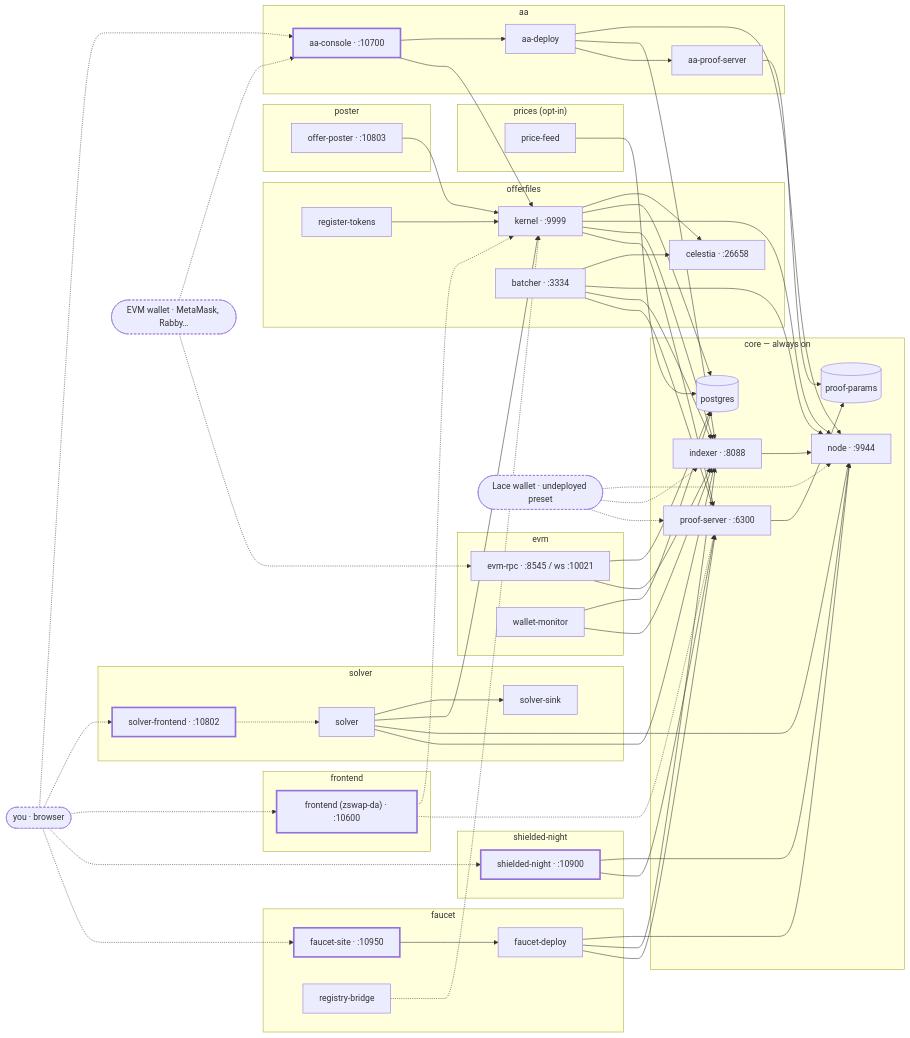
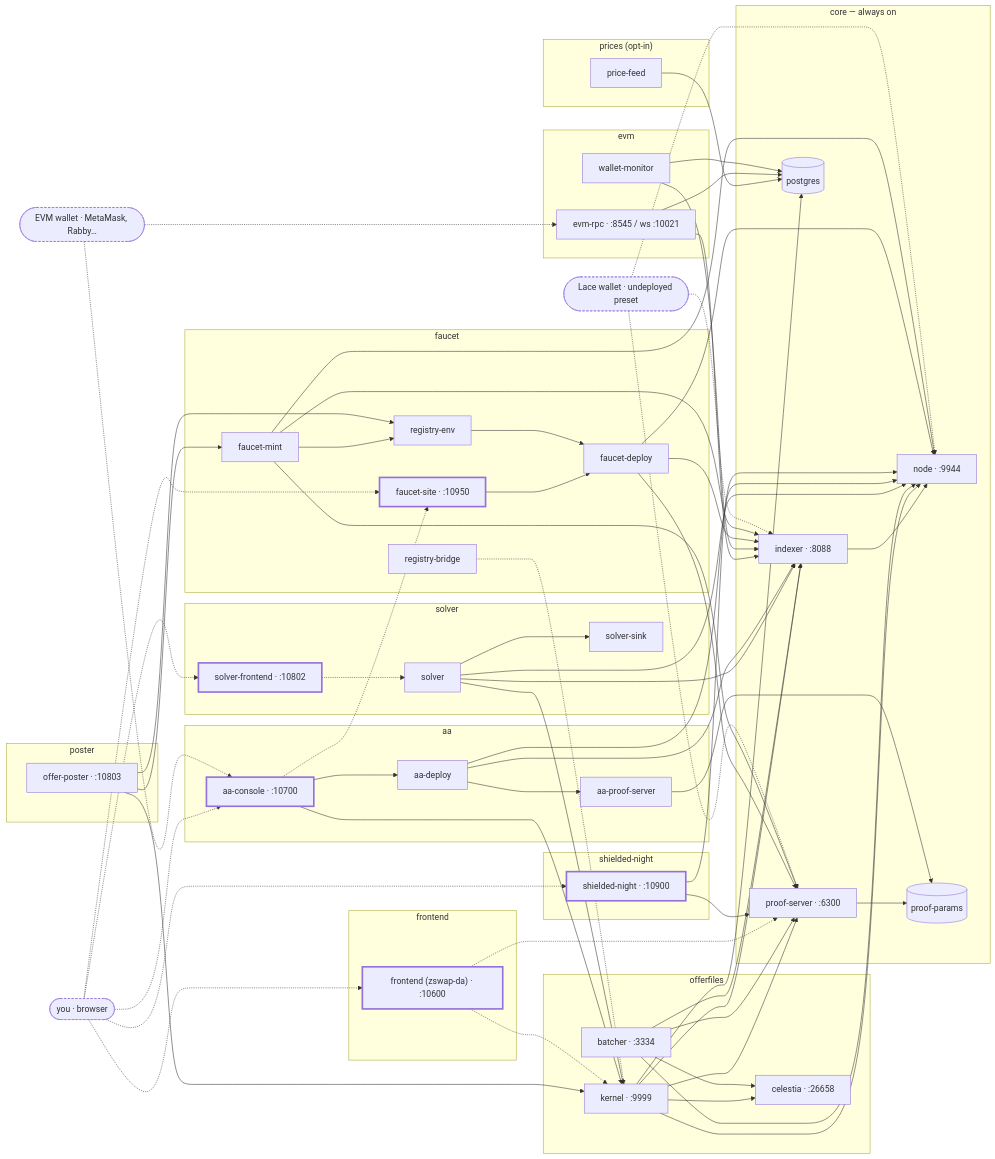
The diagram in README.md (acedward/midnight-2-offers), drawn with Mermaid before and after one commit. The commit also changed other lines of this file and 43 other files, not shown here.

````diff
--- a/README.md
+++ b/README.md
@@ -94,77 +107,81 @@
 ```mermaid
 flowchart LR
   you(["you · browser"])
   evmw(["EVM wallet · MetaMask, Rabby…"])
   lace(["Lace wallet · undeployed preset"])
   subgraph core["core — always on"]
     node["node · :9944"]
     indexer["indexer · :8088"]
     proof["proof-server · :6300"]
     params[("proof-params")]
     pg[("postgres")]
   end
   subgraph offerfiles["offerfiles"]
     celestia["celestia · :26658"]
     kernel["kernel · :9999"]
     batcher["batcher · :3334"]
-    register["register-tokens"]
   end
   subgraph solver["solver"]
     cow["solver"]
     sink["solver-sink"]
     monitor["solver-frontend · :10802"]
   end
   subgraph poster["poster"]
     op["offer-poster · :10803"]
   end
   subgraph prices["prices (opt-in)"]
     feed["price-feed"]
   end
   subgraph aa["aa"]
     aaproof["aa-proof-server"]
     aadeploy["aa-deploy"]
     console["aa-console · :10700"]
   end
   subgraph evm["evm"]
     evmrpc["evm-rpc · :8545 / ws :10021"]
     wmon["wallet-monitor"]
   end
   subgraph frontend["frontend"]
     spa["frontend (zswap-da) · :10600"]
   end
   subgraph sn["shielded-night"]
     sndapp["shielded-night · :10900"]
   end
   subgraph fct["faucet"]
     fdeploy["faucet-deploy"]
     fsite["faucet-site · :10950"]
     fbridge["registry-bridge"]
+    fenv["registry-env"]
+    fmint["faucet-mint"]
   end
 
   indexer --> node
   proof --> params
   kernel --> celestia & pg & node & indexer & proof
   batcher --> celestia & node & indexer & proof
-  register --> kernel
   cow --> sink & kernel & node & indexer
   monitor -.-> cow
   op --> kernel
   feed --> pg
   aaproof --> params
   aadeploy --> node & indexer & aaproof
   console --> aadeploy & kernel
   evmrpc --> pg & indexer
   wmon --> pg & indexer
   spa -.-> kernel & proof
   sndapp --> node & proof
   fdeploy --> node & indexer & proof
   fsite --> fdeploy
   fbridge -.-> kernel
+  fenv --> fdeploy
+  fmint --> fenv & node & indexer & proof
+  op --> fenv & fmint
+  console -.-> fsite
   you -.-> console & monitor & spa & sndapp & fsite
   evmw -.-> console & evmrpc
   lace -.-> node & indexer & proof
   classDef web stroke-width:3px
   classDef actor stroke-dasharray:4 3
   class console,monitor,spa,sndapp,fsite web
   class you,evmw,lace actor
 ```
````
